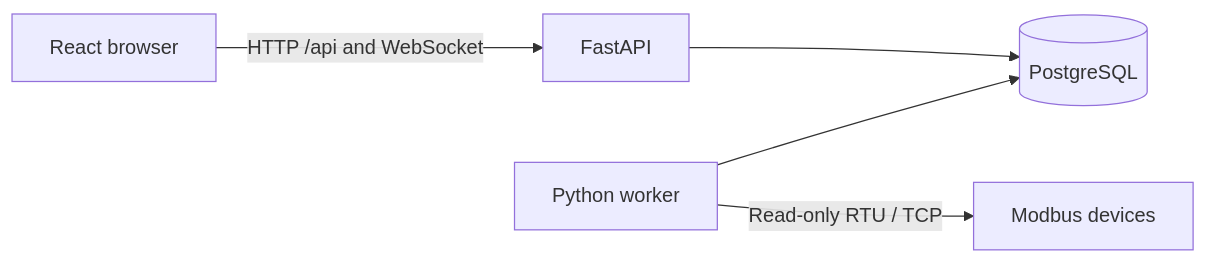
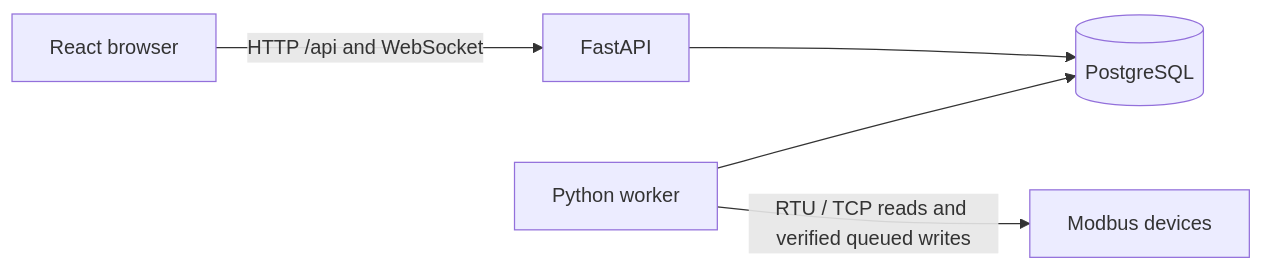
The first of 4 diagrams in docs/architecture.md (VardgesM/sunk), drawn with Mermaid before and after one commit. The commit also changed other lines of this file and 29 other files, not shown here.

````diff
--- a/docs/architecture.md
+++ b/docs/architecture.md
@@ -11,7 +11,7 @@
 ```mermaid
 flowchart LR
   Browser[React browser] -->|HTTP /api and WebSocket| API[FastAPI]
   API --> DB[(PostgreSQL)]
   Worker[Python worker] --> DB
-  Worker -->|Read-only RTU / TCP| Devices[Modbus devices]
+  Worker -->|RTU / TCP reads and verified queued writes| Devices[Modbus devices]
 ```
````
